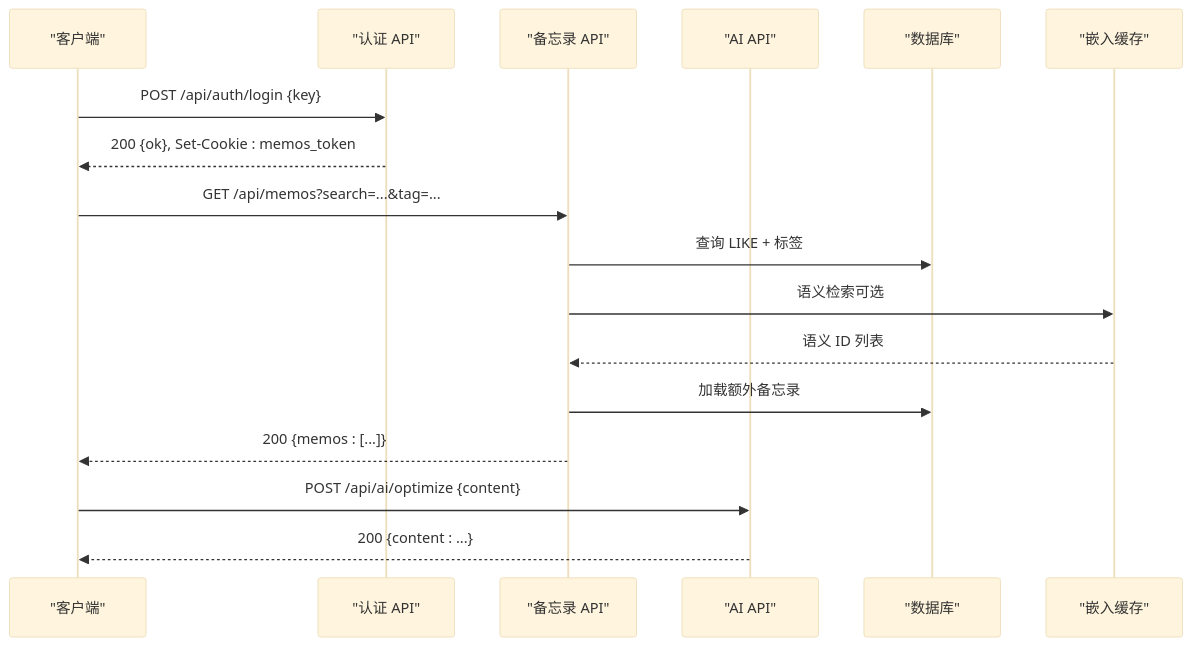
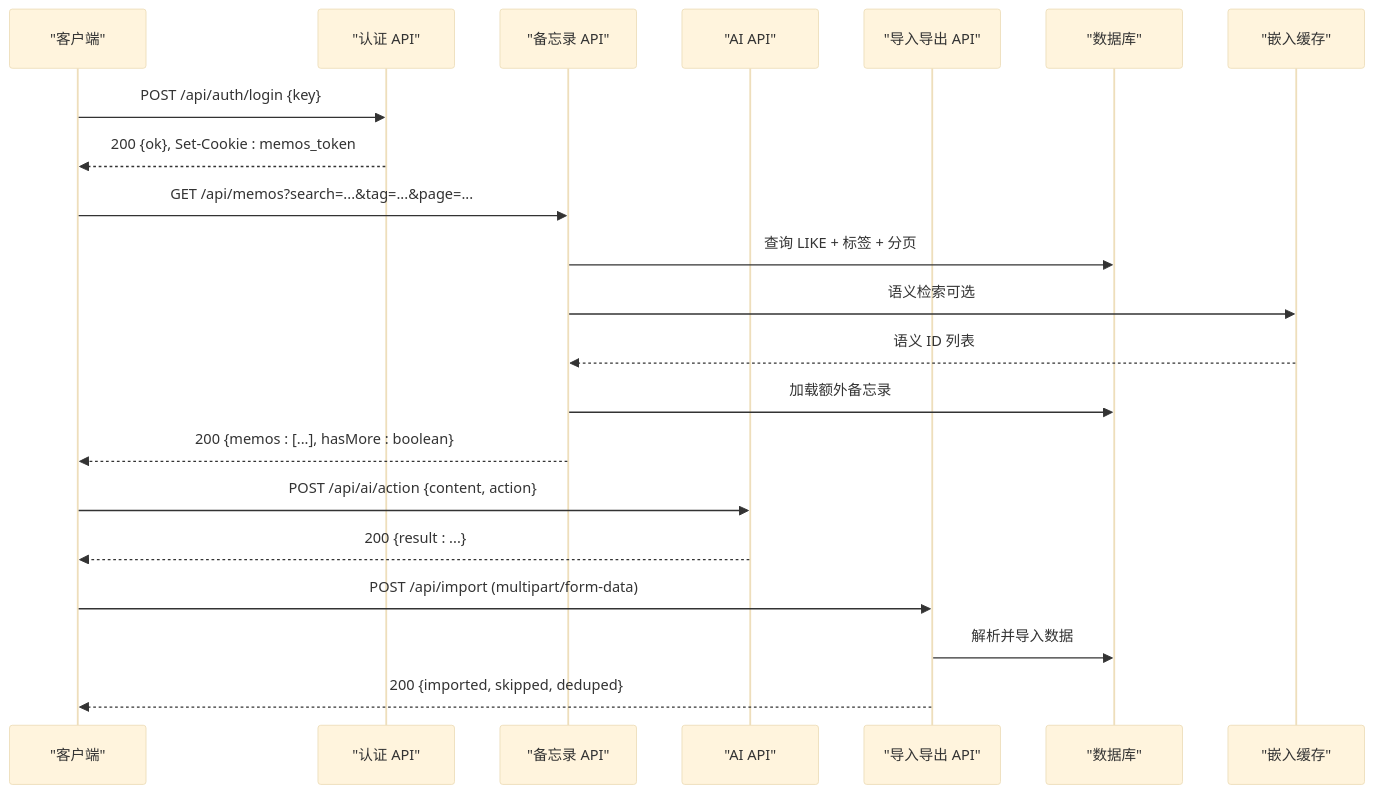
Before and after one commit to BlackBoxRecorder/memos: the second of 3 diagrams in .qoder/repowiki/zh/content/API 接口文档/API 接口文档.md, drawn with Mermaid (base theme). The commit also changed other lines of this file and 10 other files, not shown here.

````diff
--- a/.qoder/repowiki/zh/content/API 接口文档/API 接口文档.md
+++ b/.qoder/repowiki/zh/content/API 接口文档/API 接口文档.md
@@ -112,19 +130,23 @@
 ```mermaid
 sequenceDiagram
 participant Client as "客户端"
 participant Auth as "认证 API"
 participant Memos as "备忘录 API"
 participant AI as "AI API"
+participant Export as "导入导出 API"
 participant DB as "数据库"
 participant Embed as "嵌入缓存"
 Client->>Auth : POST /api/auth/login {key}
 Auth-->>Client : 200 {ok}, Set-Cookie : memos_token
-Client->>Memos : GET /api/memos?search=...&tag=...
-Memos->>DB : 查询 LIKE + 标签
+Client->>Memos : GET /api/memos?search=...&tag=...&page=...
+Memos->>DB : 查询 LIKE + 标签 + 分页
 Memos->>Embed : 语义检索可选
 Embed-->>Memos : 语义 ID 列表
 Memos->>DB : 加载额外备忘录
-Memos-->>Client : 200 {memos : [...]}
-Client->>AI : POST /api/ai/optimize {content}
-AI-->>Client : 200 {content : ...}
+Memos-->>Client : 200 {memos : [...], hasMore : boolean}
+Client->>AI : POST /api/ai/action {content, action}
+AI-->>Client : 200 {result : ...}
+Client->>Export : POST /api/import (multipart/form-data)
+Export->>DB : 解析并导入数据
+Export-->>Client : 200 {imported, skipped, deduped}
 ```
````
